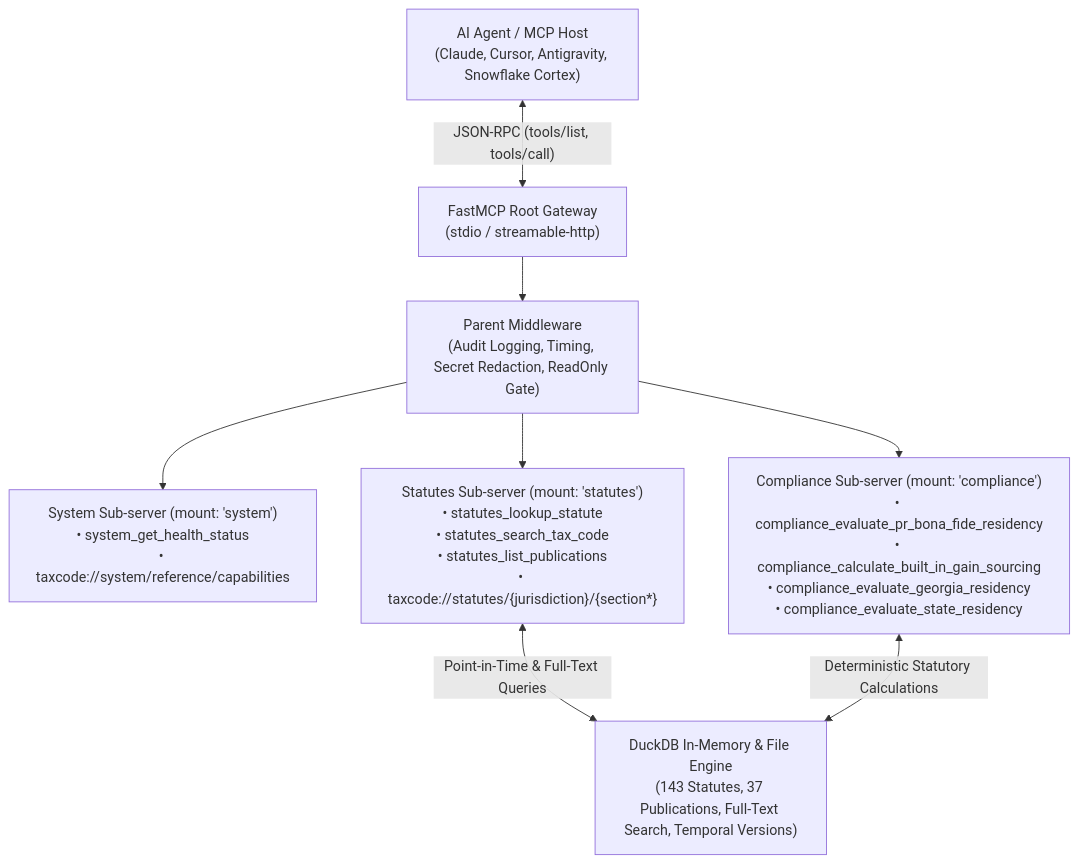
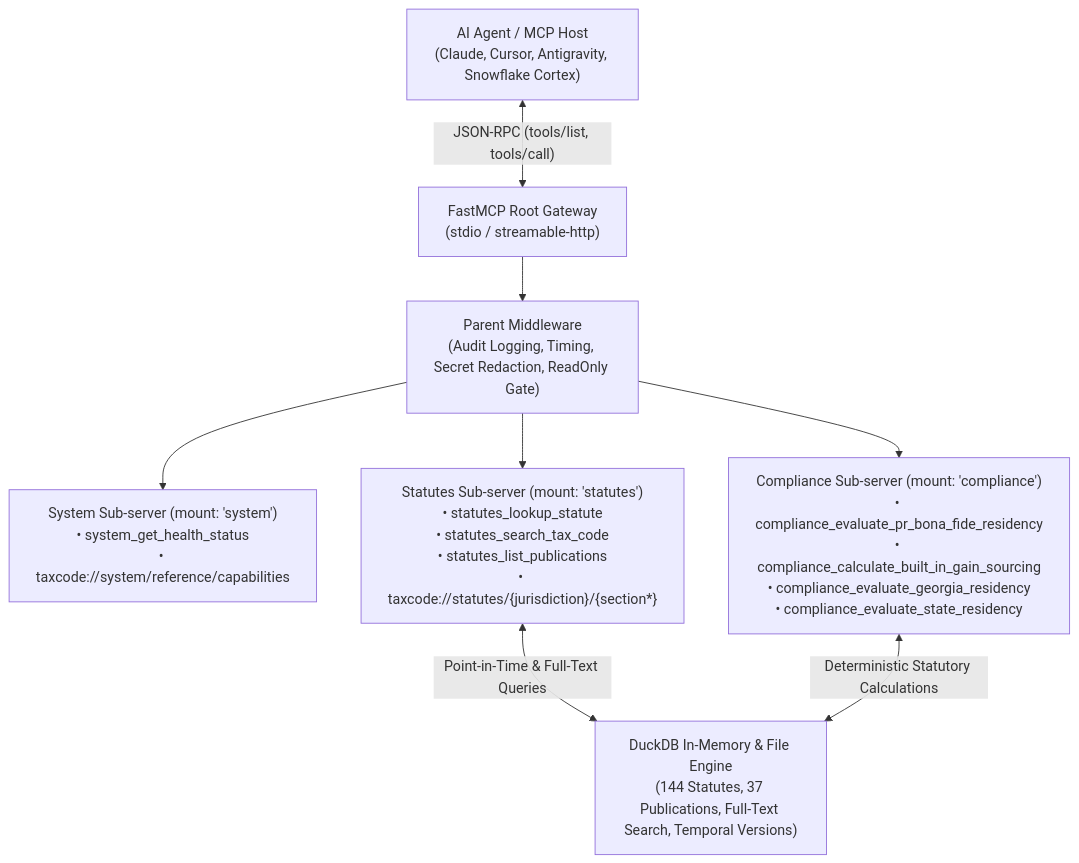
The diagram in README.md (christianclaudio/mcp-server-taxcode), drawn with Mermaid before and after one commit. The commit also changed 9 other files, not shown here.

````diff
--- a/README.md
+++ b/README.md
@@ -22,18 +22,18 @@
 ```mermaid
 graph TD
     Client["AI Agent / MCP Host<br>(Claude, Cursor, Antigravity, Snowflake Cortex)"]
     Gateway["FastMCP Root Gateway<br>(stdio / streamable-http)"]
     ParentMW["Parent Middleware<br>(Audit Logging, Timing, Secret Redaction, ReadOnly Gate)"]
     SysSub["System Sub-server (mount: 'system')<br>• system_get_health_status<br>• taxcode://system/reference/capabilities"]
     StatSub["Statutes Sub-server (mount: 'statutes')<br>• statutes_lookup_statute<br>• statutes_search_tax_code<br>• statutes_list_publications<br>• taxcode://statutes/{jurisdiction}/{section*}"]
     CompSub["Compliance Sub-server (mount: 'compliance')<br>• compliance_evaluate_pr_bona_fide_residency<br>• compliance_calculate_built_in_gain_sourcing<br>• compliance_evaluate_georgia_residency<br>• compliance_evaluate_state_residency"]
-    DuckDB["DuckDB In-Memory & File Engine<br>(143 Statutes, 37 Publications, Full-Text Search, Temporal Versions)"]
+    DuckDB["DuckDB In-Memory & File Engine<br>(144 Statutes, 37 Publications, Full-Text Search, Temporal Versions)"]
 
     Client <-->|"JSON-RPC (tools/list, tools/call)"| Gateway
     Gateway --> ParentMW
     ParentMW --> SysSub
     ParentMW --> StatSub
     ParentMW --> CompSub
     StatSub <-->|"Point-in-Time & Full-Text Queries"| DuckDB
     CompSub <-->|"Deterministic Statutory Calculations"| DuckDB
 ```
````
